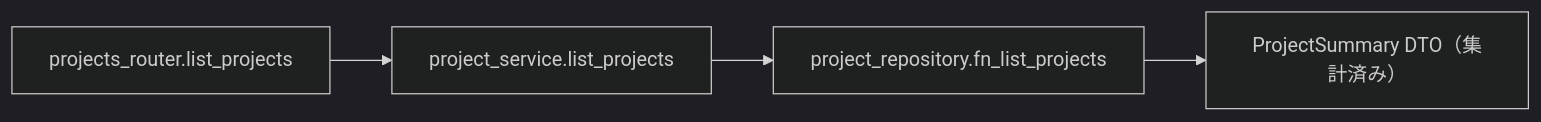
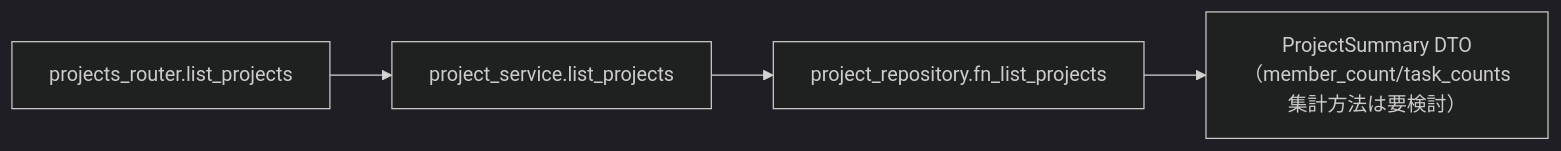
The third of 4 diagrams in detailed_design/api/projects/01_get_projects.md (oikawa-d/task_management), drawn with Mermaid (dark theme) before and after one commit. The commit also changed other lines of this file and 5 other files, not shown here.

````diff
--- a/detailed_design/api/projects/01_get_projects.md
+++ b/detailed_design/api/projects/01_get_projects.md
@@ -221,6 +200,6 @@
 ```mermaid
 flowchart LR
     R["projects_router.list_projects"] --> S["project_service.list_projects"]
     S --> RP["project_repository.fn_list_projects"]
-    RP --> M["ProjectSummary DTO（集計済み）"]
+    RP --> M["ProjectSummary DTO（member_count/task_counts集計方法は要検討）"]
 ```
````
